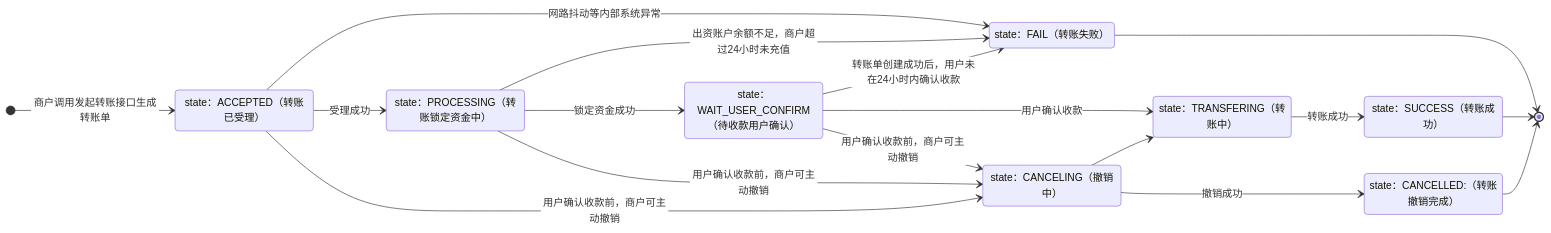
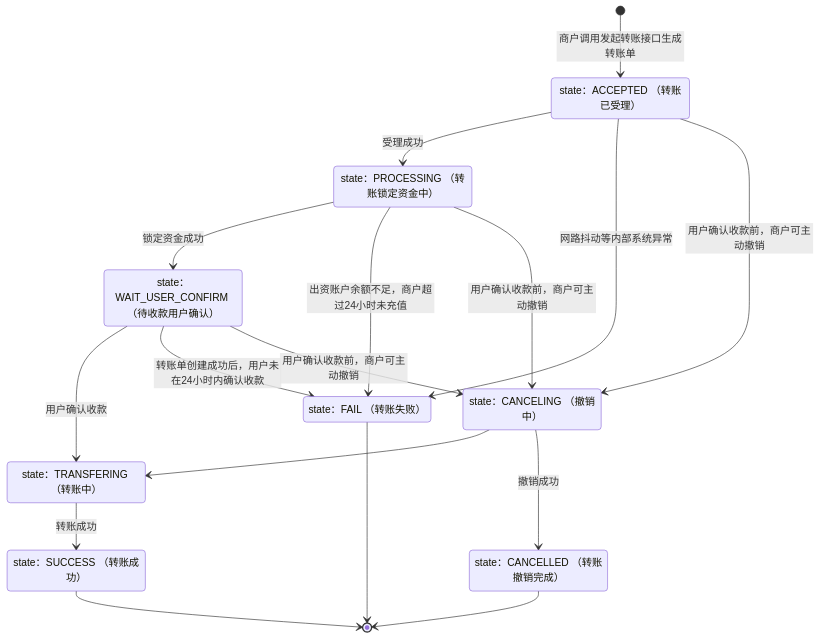
The fifth of 9 diagrams in docs/merchant/pages/4012715211.md (minibear2021/wechatpay_docs), drawn with Mermaid before and after one commit. The commit also changed other lines of this file and 46 other files, not shown here.

````diff
--- a/docs/merchant/pages/4012715211.md
+++ b/docs/merchant/pages/4012715211.md
@@ -193,37 +192,27 @@
 ```mermaid
-%%{init: {'themeVariables':{'edgeLabelBackground':'#ffffff'}}}%%
 stateDiagram-v2
-    direction LR
-    state "state：ACCEPTED（转账已受理）" as S2
-    state "state：PROCESSING（转账锁定资金中）" as S3
-    state "state：WAIT_USER_CONFIRM（待收款用户确认）" as S4
-    state "state：TRANSFERING（转账中）" as S5
-    state "state：SUCCESS（转账成功）" as S6
-    state "state：CANCELING（撤销中）" as S7
-    state "state：CANCELLED:（转账撤销完成）" as S8
-    state "state：FAIL（转账失败）" as S9
-
-    [*] --> S2: 商户调用发起转账接口生成转账单
-    S2 --> S3: 受理成功
-    S3 --> S4: 锁定资金成功
-    S7 --> S8: 撤销成功
-
-    S4 --> S7: 用户确认收款前，商户可主动撤销
-    S3 --> S7: 用户确认收款前，商户可主动撤销
-    S2 --> S7: 用户确认收款前，商户可主动撤销
-
-    S5 --> S6: 转账成功
-
-    S2 --> S9: 网路抖动等内部系统异常
-    S3 --> S9: 出资账户余额不足，商户超过24小时未充值
-    S4 --> S9: 转账单创建成功后，用户未在24小时内确认收款
-
-    S4 --> S5: 用户确认收款
-    S7 --> S5
-
-
-
-    S9 --> [*]
-    S6 --> [*]
-    S8 --> [*]
+  state "state：ACCEPTED （转账已受理）" as S0
+  state "state：PROCESSING （转账锁定资金中）" as S1
+  state "state：WAIT_USER_CONFIRM （待收款用户确认）" as S2
+  state "state：TRANSFERING （转账中）" as S3
+  state "state：SUCCESS （转账成功）" as S4
+  state "state：CANCELING （撤销中）" as S5
+  state "state：CANCELLED （转账撤销完成）" as S6
+  state "state：FAIL （转账失败）" as S7
+  [*] --> S0 : 商户调用发起转账接口生成转账单
+  S0 --> S1 : 受理成功
+  S1 --> S2 : 锁定资金成功
+  S2 --> S3 : 用户确认收款
+  S3 --> S4 : 转账成功
+  S5 --> S3
+  S5 --> S6 : 撤销成功
+  S0 --> S7 : 网路抖动等内部系统异常
+  S1 --> S7 : 出资账户余额不足，商户超过24小时未充值
+  S2 --> S7 : 转账单创建成功后，用户未在24小时内确认收款
+  S0 --> S5 : 用户确认收款前，商户可主动撤销
+  S1 --> S5 : 用户确认收款前，商户可主动撤销
+  S2 --> S5 : 用户确认收款前，商户可主动撤销
+  S4 --> [*]
+  S7 --> [*]
+  S6 --> [*]
 ```
````
